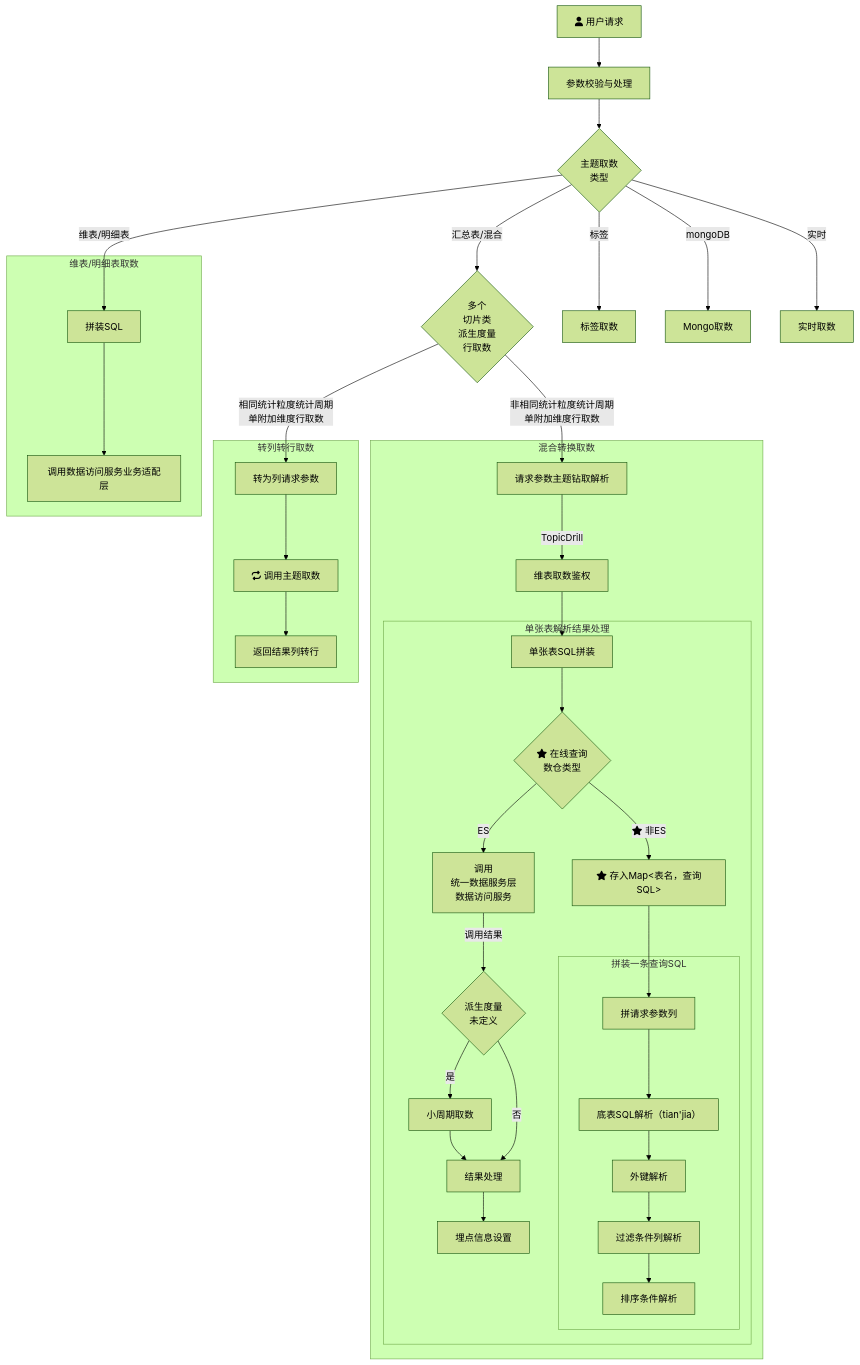
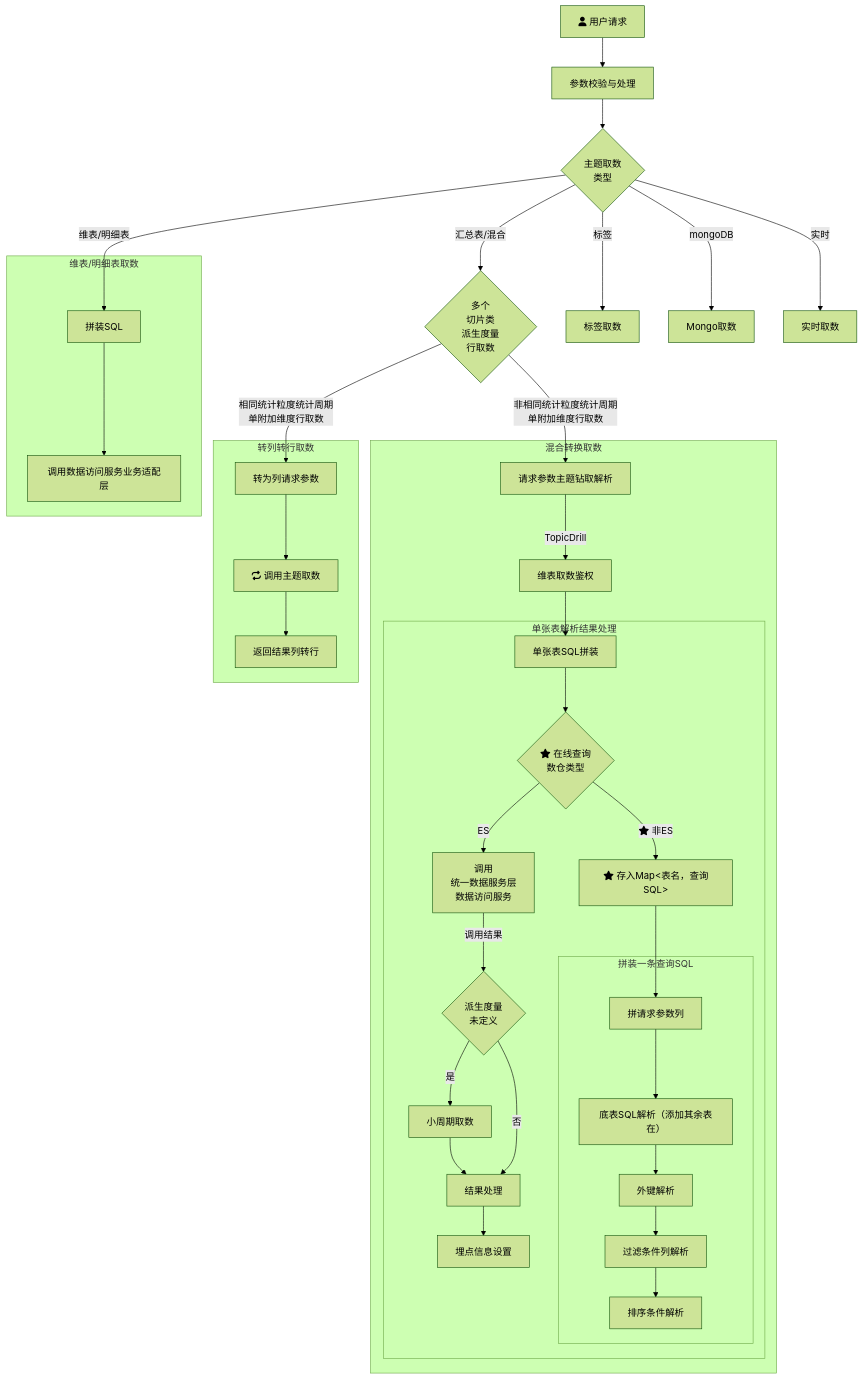
The diagram in all/未命名.md (yanglosm/iodraw-files), drawn with Mermaid (forest theme) before and after one commit.

Commit message:
2024-11-29 19:37:22 update

````diff
--- a/all/未命名.md
+++ b/all/未命名.md
@@ -1,30 +1,30 @@
 ```mermaid
 flowchart TD
     A[fa:fa-user 用户请求] -->A1[参数校验与处理] --> B{主题取数\n类型}
     B -->|维表/明细表| D[拼装SQL]
     B -->|汇总表/混合| E{多个\n切片类\n派生度量\n行取数}
     B -->|标签| F[标签取数]
     B -->|mongoDB| G[Mongo取数]
     B -->|实时| H[实时取数]
     E -->|相同统计粒度统计周期\n单附加维度行取数| E1[转为列请求参数]
     E -->|非相同统计粒度统计周期\n单附加维度行取数| T1[请求参数主题钻取解析]
     subgraph 维表/明细表取数
     D-->D1[调用数据访问服务业务适配层]
     end
     subgraph 转列转行取数
     E1-->E11[fa:fa-repeat 调用主题取数]-->E12[返回结果列转行]
     end
     subgraph 混合转换取数
     T1-->|TopicDrill| T2[维表取数鉴权] --> T31[单张表SQL拼装]
         subgraph 单张表解析结果处理
         T31 --> T4{fa:fa-star 在线查询\n数仓类型}-->|ES|T32[调用\n统一数据服务层\n数据访问服务] --> |调用结果|T33{派生度量\n未定义}
         T33 --> |是|T33_1[小周期取数]-->T34[结果处理]-->T35[埋点信息设置]
         T33 --> |否|T34
         T4 --> |fa:fa-star 非ES|T41["fa:fa-star 存入Map<表名，查询SQL>"]
         T41 --> T42[拼请求参数列]
             subgraph 拼装一条查询SQL
-            T42 --> M1[底表SQL解析（tian'jia）] --> M2[外键解析] --> 过滤条件列解析 --> 排序条件解析
+            T42 --> M1[底表SQL解析（添加其余表在）] --> M2[外键解析] --> 过滤条件列解析 --> 排序条件解析
             end
         end
     end
 ```
````
